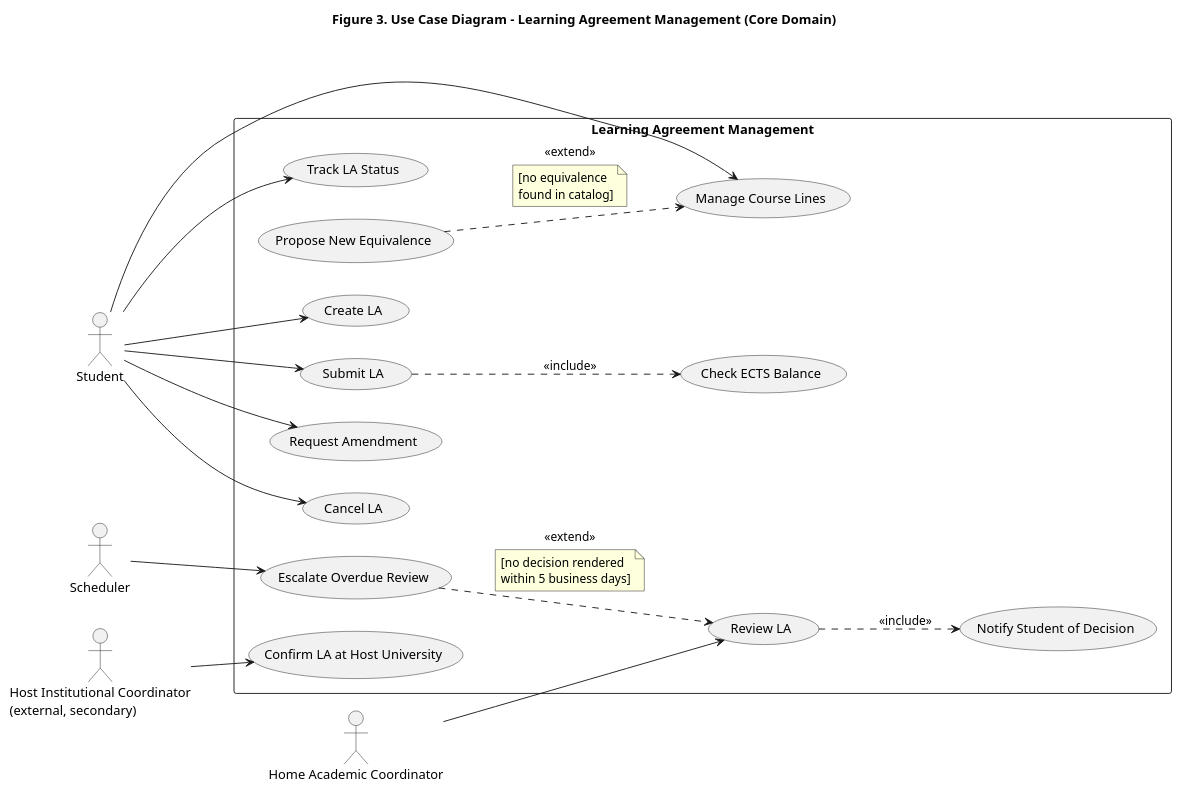
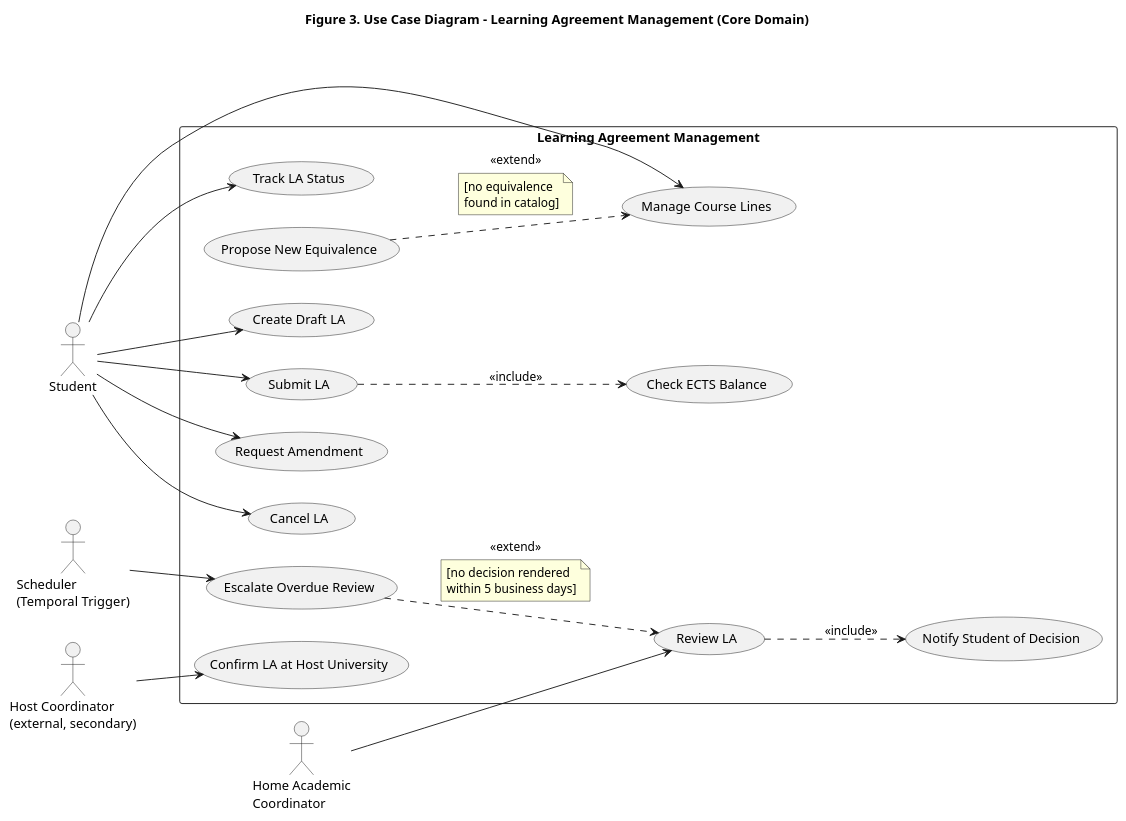
The diagram in docs/diagrams/usecase-learning-agreement.puml (prigo929/erasmus-mobility-platform), drawn with PlantUML before and after one commit. The commit also changed 28 other files, not shown here.

Commit message:
fix(diagrams): eliminate line collisions, fix XML comments, and convert all usecase diagrams to English vector format

```diff
--- a/docs/diagrams/usecase-learning-agreement.puml
+++ b/docs/diagrams/usecase-learning-agreement.puml
@@ -1,42 +1,43 @@
 @startuml
 title Figure 3. Use Case Diagram - Learning Agreement Management (Core Domain)
 left to right direction
 skinparam packageStyle rectangle
 
 actor "Student" as S
-actor "Home Academic Coordinator" as HC
-actor "Scheduler" as T
-actor "Host Institutional Coordinator\n(external, secondary)" as XC
+actor "Scheduler\n(Temporal Trigger)" as T
+actor "Home Academic\nCoordinator" as HC
+actor "Host Coordinator\n(external, secondary)" as XC
 
 rectangle "Learning Agreement Management" {
-  usecase "Create LA" as U1
+  usecase "Create Draft LA" as U1
   usecase "Manage Course Lines" as U2
   usecase "Propose New Equivalence" as U3
   usecase "Submit LA" as U5
   usecase "Check ECTS Balance" as U4
   usecase "Request Amendment" as U9
   usecase "Cancel LA" as U10
   usecase "Track LA Status" as U11
   usecase "Review LA" as U6
   usecase "Notify Student of Decision" as U8
   usecase "Escalate Overdue Review" as U7
   usecase "Confirm LA at Host University" as U12
 }
 
 S --> U1
 S --> U2
 S --> U5
 S --> U9
 S --> U10
 S --> U11
+T --> U7
 HC --> U6
-T --> U7
 XC --> U12
 
-U5 ..> U4 : <<include>>
-U6 ..> U8 : <<include>>
 U3 ..> U2 : <<extend>>
 note on link : [no equivalence\nfound in catalog]
+U5 ..> U4 : <<include>>
 U7 ..> U6 : <<extend>>
 note on link : [no decision rendered\nwithin 5 business days]
+U6 ..> U8 : <<include>>
+
 @enduml
```
